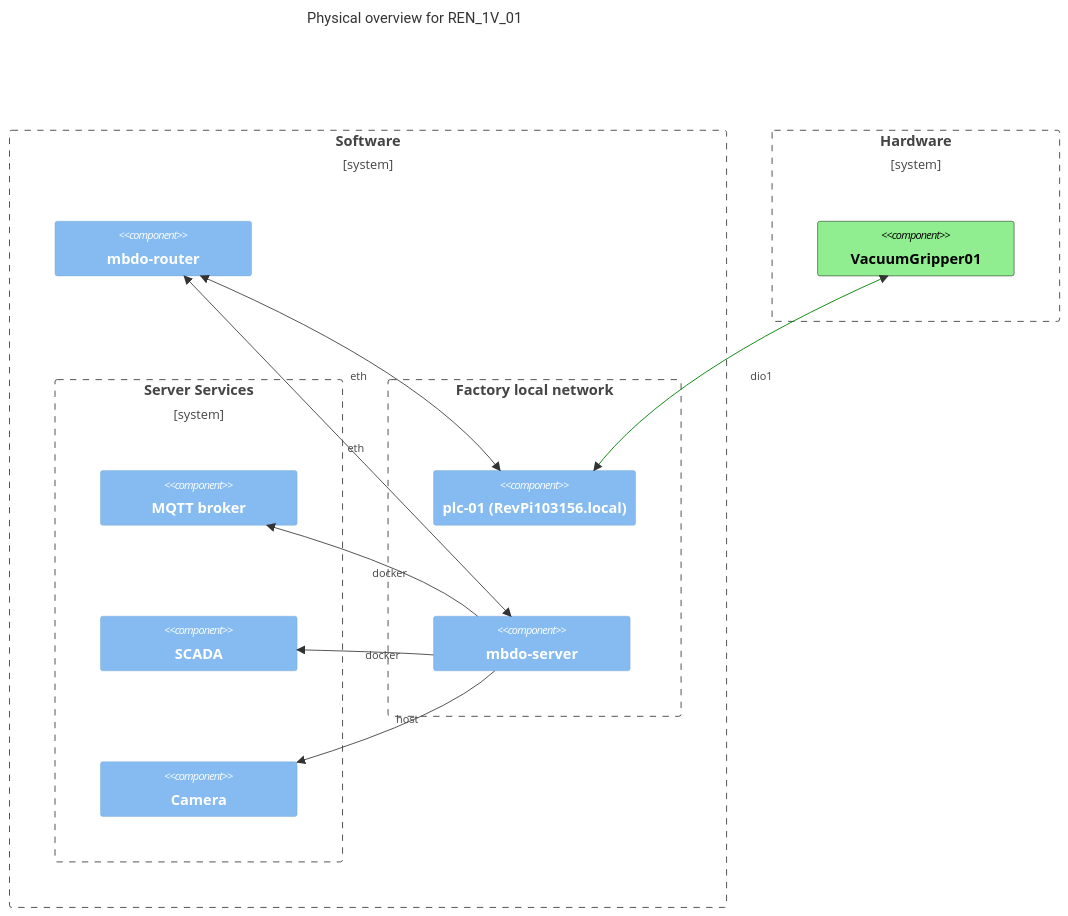
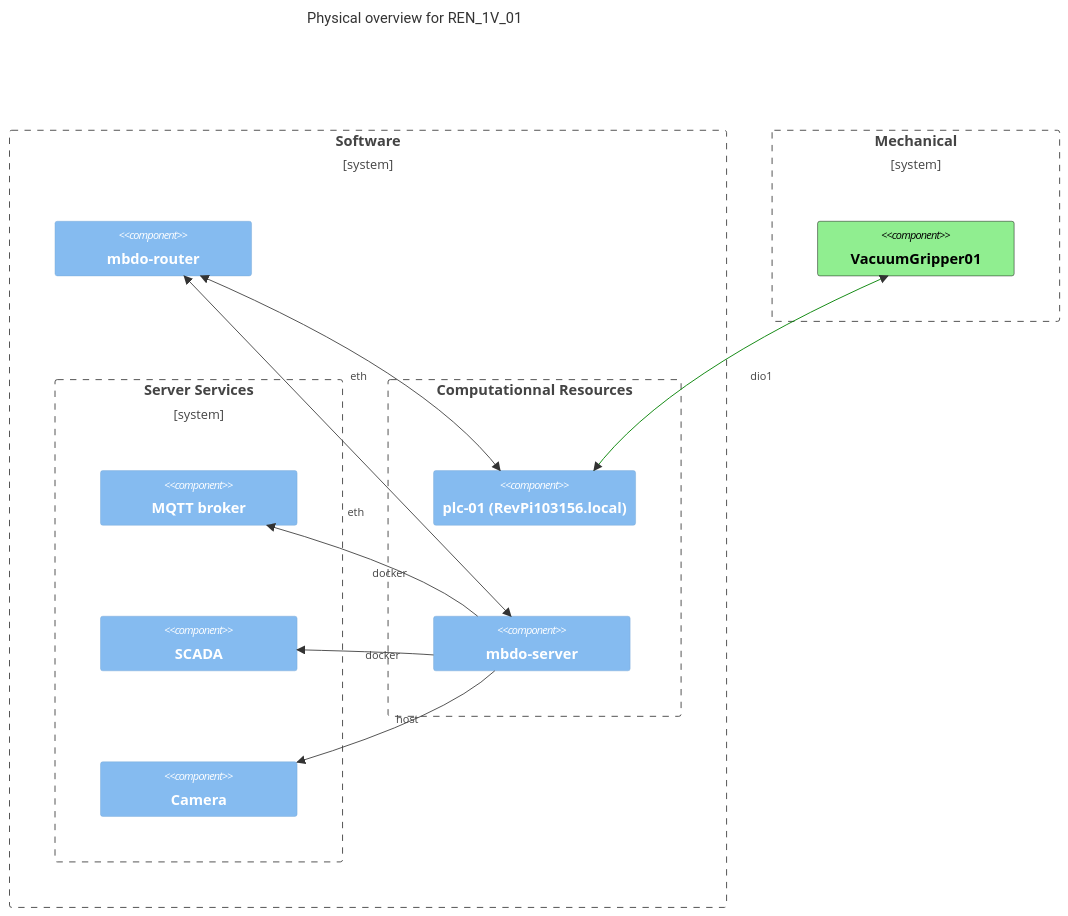
The diagram in REN_Setups/REN_1V_01/docs/setup_description.adoc (edt-edu/dt-setups), drawn with Mermaid before and after one commit.

Commit message:
adapt diagram

```diff
--- a/REN_Setups/REN_1V_01/docs/setup_description.adoc
+++ b/REN_Setups/REN_1V_01/docs/setup_description.adoc
@@ -33,51 +33,52 @@
 [mermaid]
 ----
 C4Context
       title Physical overview for REN_1V_01
       
       Boundary(b_sofware, "Software") {
         
 
         Boundary(b_services, "Server Services") {
         
             Component(mqtt, "MQTT broker", "")
             Component(scada, "SCADA", "")
             Component(camera, "Camera", "")
 
         }
 
         Component(mbdoRouter, "mbdo-router", "")
-        Boundary(b_network, "Factory local network", "") {
+        Boundary(b_network, "Computationnal Resources", "") {
             Component(mbdoPLC01, "plc-01 (RevPi103156.local)", "")
             Component(mbdoServer, "mbdo-server", "")
 
         }
 
       }
 
-      Boundary(b_hardware, "Hardware") {
+      Boundary(b_mechanical, "Mechanical") {
         
         Component(vgr1, "VacuumGripper01", "")
 
       }
       
       
       BiRel(mbdoServer, mbdoRouter, "eth")
       BiRel(mbdoPLC01, mbdoRouter, "eth")
 
       Rel(mbdoServer, mqtt, "docker")
       Rel(mbdoServer, camera, "host")
       Rel(mbdoServer, scada, "docker")
 
       BiRel(mbdoPLC01, vgr1, "dio1")
 
 
       UpdateElementStyle(vgr1, $fontColor="black", $bgColor="lightgreen", $borderColor="black")
       
       UpdateRelStyle(intDeveloper, mbdoRouter, $textColor="blue", $lineColor="blue", $offsetX="5")
       UpdateRelStyle(mbdoPLC01, vgr1,  $lineColor="green", $offsetX="10")
+      UpdateRelStyle(mbdoServer, mbdoRouter,  $offsetY="70")
 
  
       UpdateLayoutConfig($c4ShapeInRow="3", $c4BoundaryInRow="2")
   
 ----
```
